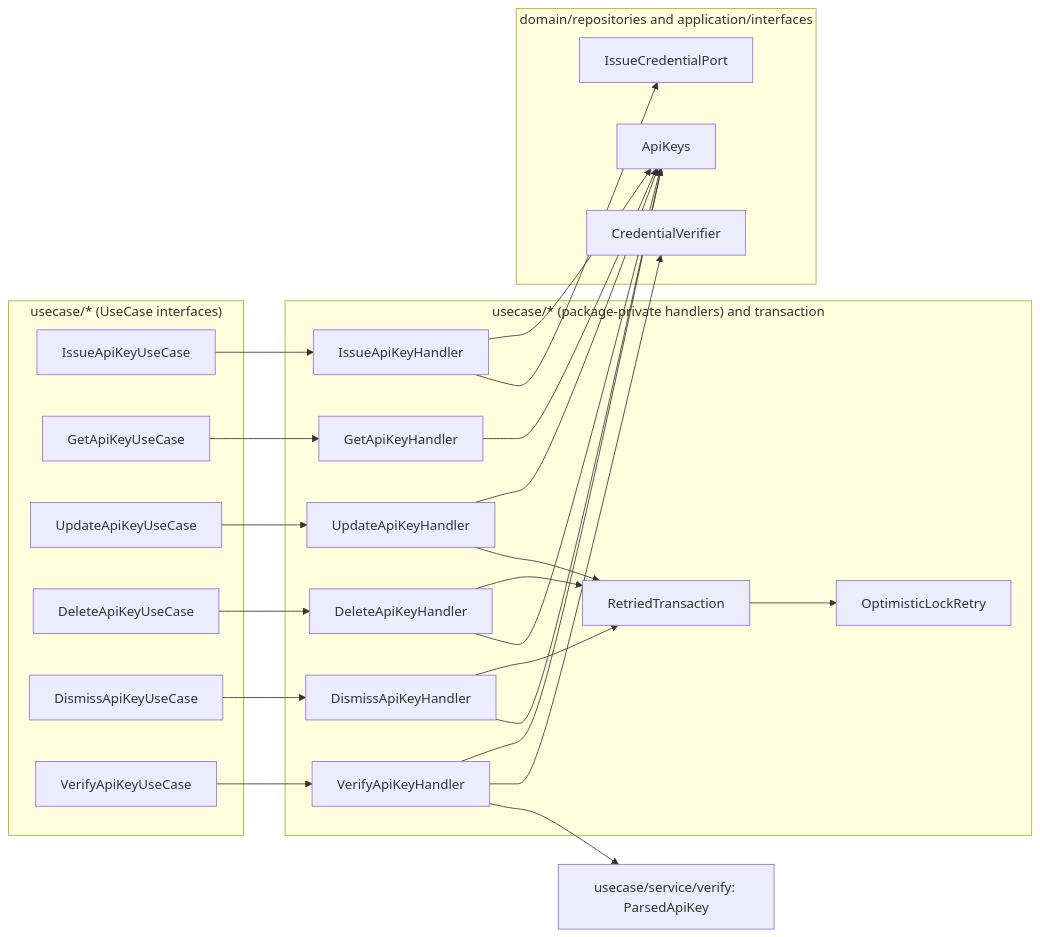
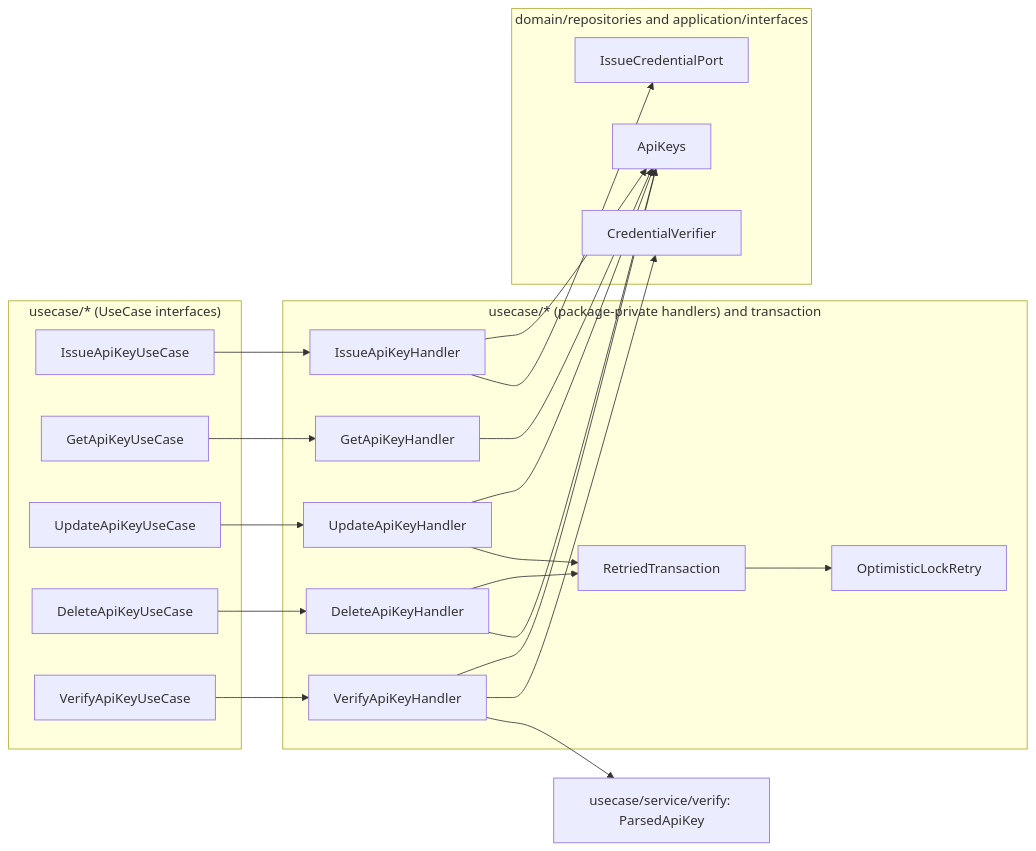
Before and after one commit to Dhiren9939/HQ-Tier0: the fourth of 14 diagrams in docs/access-context.md, drawn with Mermaid. The commit also changed other lines of this file and 30 other files, not shown here.

Commit message:
refactor(access): delete api keys outright instead of keeping tombstones

````diff
--- a/docs/access-context.md
+++ b/docs/access-context.md
@@ -496,48 +484,43 @@
 ```mermaid
 flowchart LR
     subgraph portin["usecase/* (UseCase interfaces)"]
         IssueUC["IssueApiKeyUseCase"]
         GetUC["GetApiKeyUseCase"]
         UpdateUC["UpdateApiKeyUseCase"]
         DeleteUC["DeleteApiKeyUseCase"]
-        DismissUC["DismissApiKeyUseCase"]
         VerifyUC["VerifyApiKeyUseCase"]
     end
     subgraph usecase["usecase/* (package-private handlers) and transaction"]
         IssueH["IssueApiKeyHandler"]
         GetH["GetApiKeyHandler"]
         UpdateH["UpdateApiKeyHandler"]
         DeleteH["DeleteApiKeyHandler"]
-        DismissH["DismissApiKeyHandler"]
         VerifyH["VerifyApiKeyHandler"]
         Tx["RetriedTransaction"]
         Retry["OptimisticLockRetry"]
     end
     Parsed["usecase/service/verify: ParsedApiKey"]
     subgraph portout["domain/repositories and application/interfaces"]
         ApiKeysP["ApiKeys"]
         IssueCredP["IssueCredentialPort"]
         VerifierP["CredentialVerifier"]
     end
 
     IssueUC --> IssueH
     GetUC --> GetH
     UpdateUC --> UpdateH
     DeleteUC --> DeleteH
-    DismissUC --> DismissH
     VerifyUC --> VerifyH
 
     IssueH --> ApiKeysP
     IssueH --> IssueCredP
     GetH --> ApiKeysP
     UpdateH --> ApiKeysP
     UpdateH --> Tx
     DeleteH --> Tx
-    DismissH --> Tx
     Tx --> Retry
     DeleteH --> ApiKeysP
-    DismissH --> ApiKeysP
     VerifyH --> ApiKeysP
     VerifyH --> VerifierP
     VerifyH --> Parsed
 ```
````
